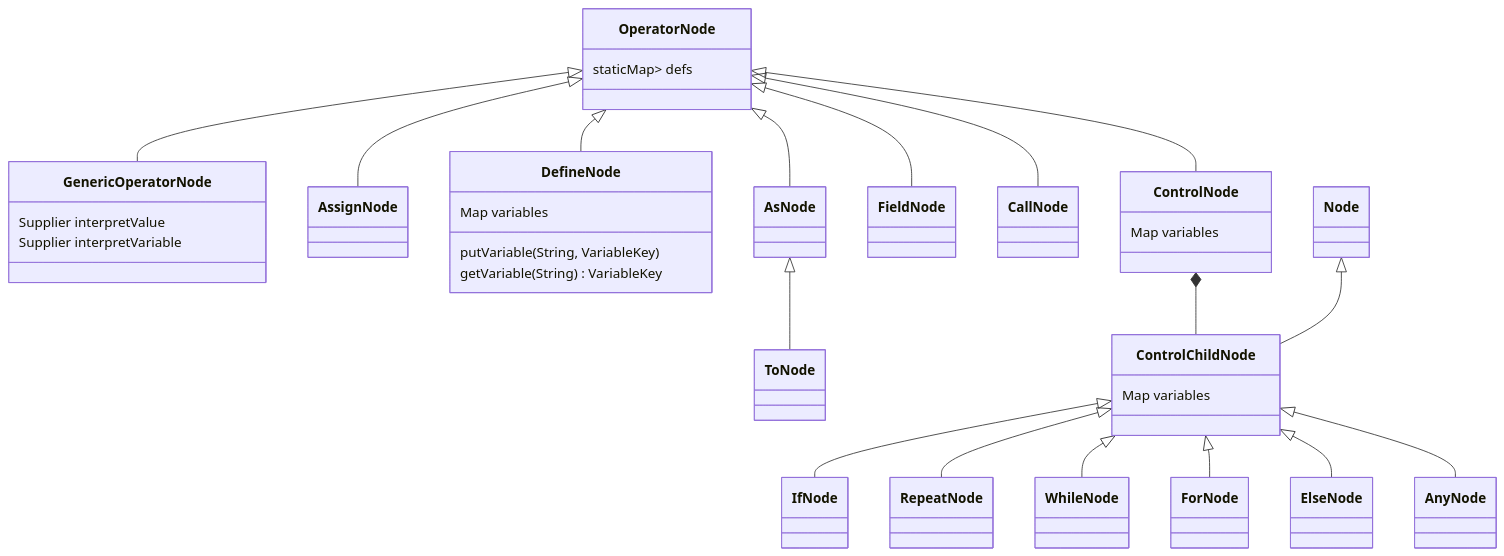
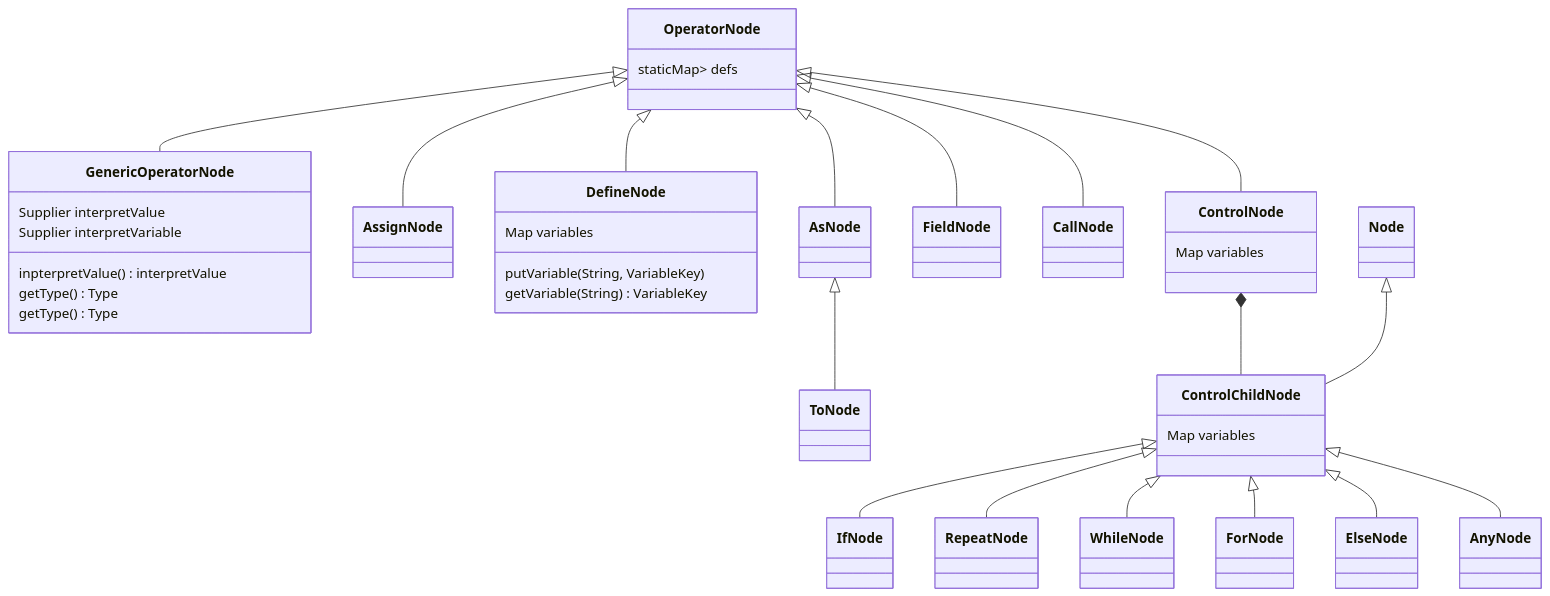
One commit to Jzhyang1/Monomer changed the third of 5 diagrams in Implementation.md. Above: the diagram before and after it, drawn with Mermaid. The commit also changed other lines of this file, not shown here.

````diff
--- a/Implementation.md
+++ b/Implementation.md
@@ -150,32 +150,35 @@
 ```mermaid
 classDiagram
 OperatorNode <|-- GenericOperatorNode
 OperatorNode <|-- AssignNode
 OperatorNode <|-- DefineNode
 OperatorNode <|-- AsNode
 AsNode <|-- ToNode
 OperatorNode <|-- FieldNode
 OperatorNode <|-- CallNode
 OperatorNode <|-- ControlNode
 ControlNode *-- ControlChildNode
 Node <|-- ControlChildNode
 ControlChildNode <|-- IfNode
 ControlChildNode <|-- RepeatNode
 ControlChildNode <|-- WhileNode
 ControlChildNode <|-- ForNode
 ControlChildNode <|-- ElseNode
 ControlChildNode <|-- AnyNode
 
 OperatorNode: staticMap<String,Supplier<OperatorNode>> defs
 
 GenericOperatorNode: Supplier<InterpretValue> interpretValue
 GenericOperatorNode: Supplier<InterpretVariable> interpretVariable
+GenericOperatorNode: inpterpretValue() interpretValue
+GenericOperatorNode: getType() Type
+GenericOperatorNode: getType() Type
 
 DefineNode: Map<String,VariableKey> variables
 DefineNode: putVariable(String, VariableKey)
 DefineNode: getVariable(String) VariableKey
 
 ControlNode: Map<String,VariableKey> variables
 
 ControlChildNode: Map<String,VariableKey> variables
 ```
````
